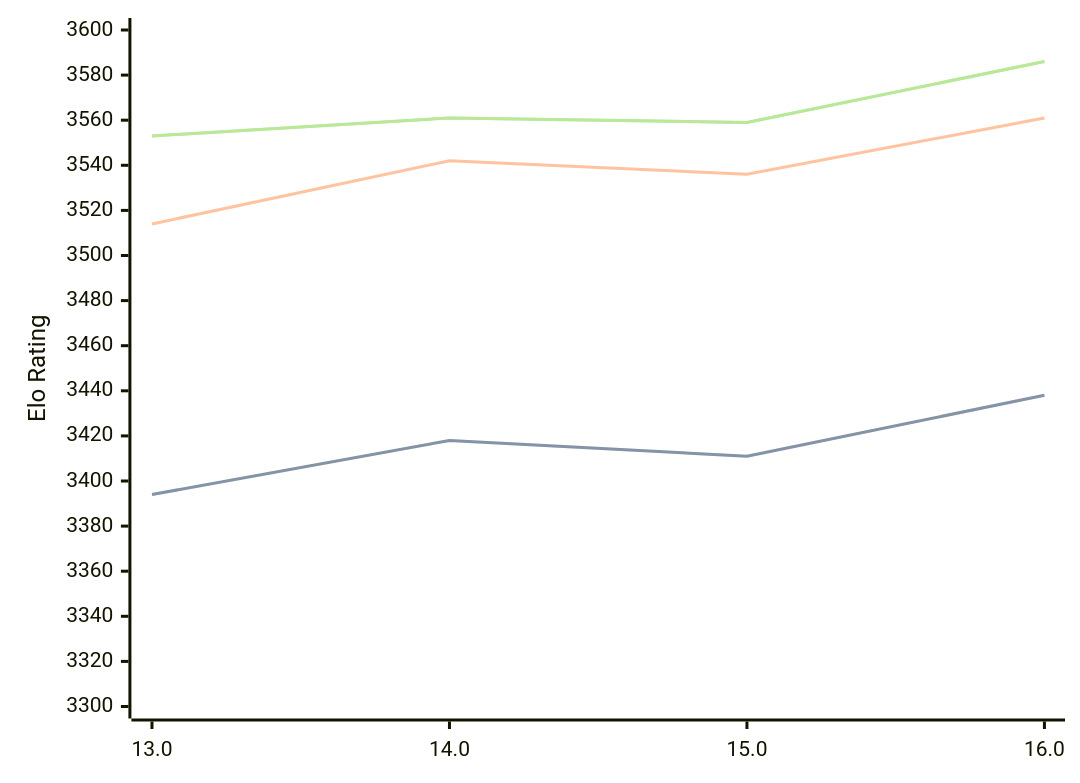
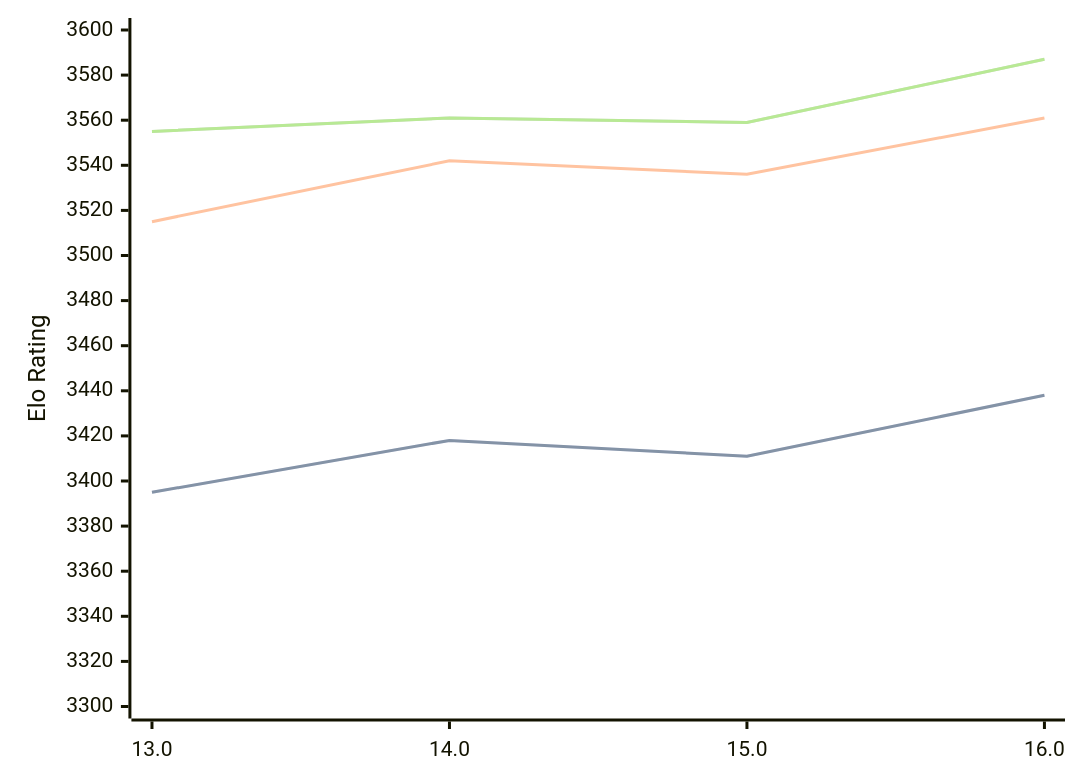
Before and after one commit to computer-chess-index/cci: the diagram in engines/Obsidian.md, drawn with Mermaid. The commit also changed other lines of this file, not shown here.

Commit message:
Update CCI Ratings (ELO VLTC) - 2026-09-06

````diff
--- a/engines/Obsidian.md
+++ b/engines/Obsidian.md
@@ -34,11 +34,11 @@
 ```mermaid
 %%{init: {"theme":"base","themeVariables":{"seriesColors:['#a3a3a3','#222221','#faa371']}}}%%
 xychart-beta
   x-axis ["13.0", "14.0", "15.0", "16.0"]
   y-axis "Elo Rating" 3300 --> 3600
-  line "" [3394, 3418, 3411, 3438]
-  line "STC (8.0+0.08s)" [3394, 3418, 3411, 3438]
-  line "LTC (60.0+0.60s)" [3514, 3542, 3536, 3561]
-  line "" [3553, 3561, 3559, 3586]
-  line "VLTC (2m24s+1.12s)" [3553, 3561, 3559, 3586]
+  line "" [3395, 3418, 3411, 3438]
+  line "STC (8.0+0.08s)" [3395, 3418, 3411, 3438]
+  line "LTC (60.0+0.60s)" [3515, 3542, 3536, 3561]
+  line "" [3555, 3561, 3559, 3587]
+  line "VLTC (2m24s+1.12s)" [3555, 3561, 3559, 3587]
 ```
````
